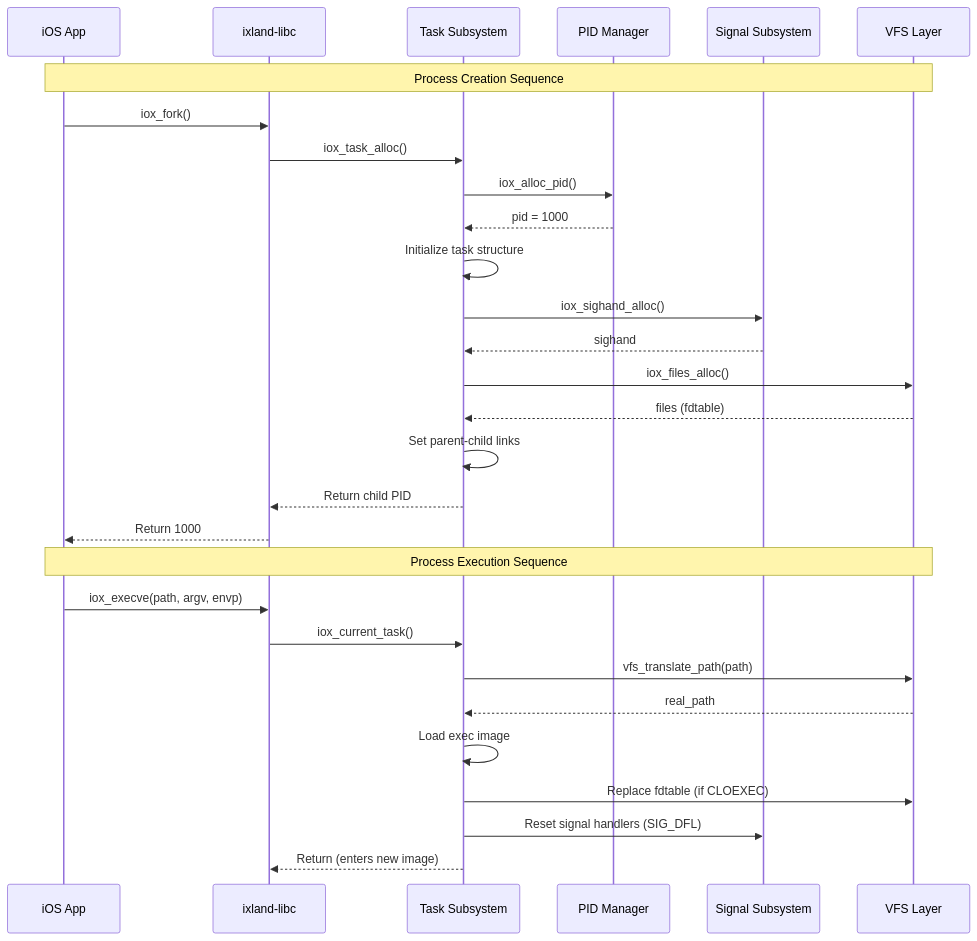
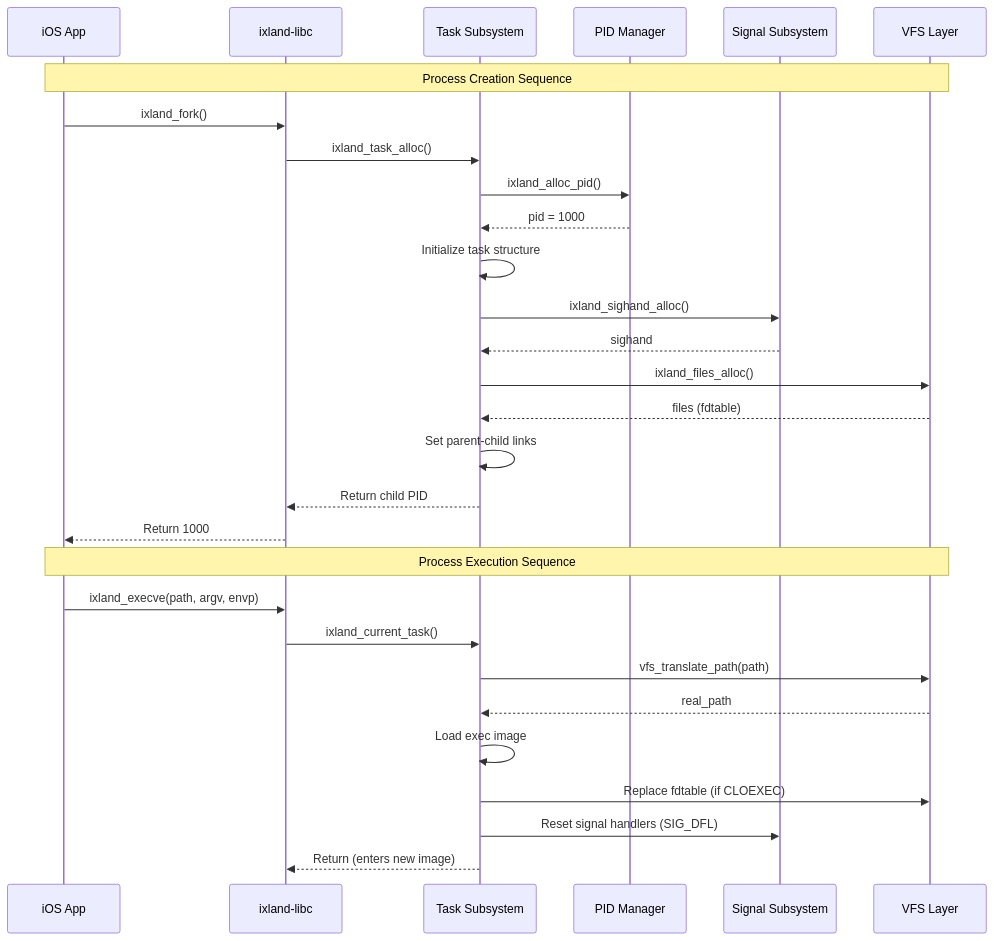
One commit to rudironsoni/ixland changed the third of 15 diagrams in docs/ARCHITECTURE_POST_MISSION.md. Above: the diagram before and after it, drawn with Mermaid. The commit also changed other lines of this file and 268 other files, not shown here.

Commit message:
refactor(naming): migrate remaining iox identifiers to ixland

````diff
--- a/docs/ARCHITECTURE_POST_MISSION.md
+++ b/docs/ARCHITECTURE_POST_MISSION.md
@@ -146,41 +146,41 @@
 ```mermaid
 sequenceDiagram
     participant App as iOS App
     participant Libc as ixland-libc
     participant Task as Task Subsystem
     participant Pid as PID Manager
     participant Sig as Signal Subsystem
     participant VFS as VFS Layer
 
     Note over App,VFS: Process Creation Sequence
 
-    App->>Libc: iox_fork()
-    Libc->>Task: iox_task_alloc()
-    Task->>Pid: iox_alloc_pid()
+    App->>Libc: ixland_fork()
+    Libc->>Task: ixland_task_alloc()
+    Task->>Pid: ixland_alloc_pid()
     Pid-->>Task: pid = 1000
 
     Task->>Task: Initialize task structure
-    Task->>Sig: iox_sighand_alloc()
+    Task->>Sig: ixland_sighand_alloc()
     Sig-->>Task: sighand
 
-    Task->>VFS: iox_files_alloc()
+    Task->>VFS: ixland_files_alloc()
     VFS-->>Task: files (fdtable)
 
     Task->>Task: Set parent-child links
     Task-->>Libc: Return child PID
     Libc-->>App: Return 1000
 
     Note over App,VFS: Process Execution Sequence
 
-    App->>Libc: iox_execve(path, argv, envp)
-    Libc->>Task: iox_current_task()
+    App->>Libc: ixland_execve(path, argv, envp)
+    Libc->>Task: ixland_current_task()
 
     Task->>VFS: vfs_translate_path(path)
     VFS-->>Task: real_path
 
     Task->>Task: Load exec image
     Task->>VFS: Replace fdtable (if CLOEXEC)
     Task->>Sig: Reset signal handlers (SIG_DFL)
 
     Task-->>Libc: Return (enters new image)
 ```
````
